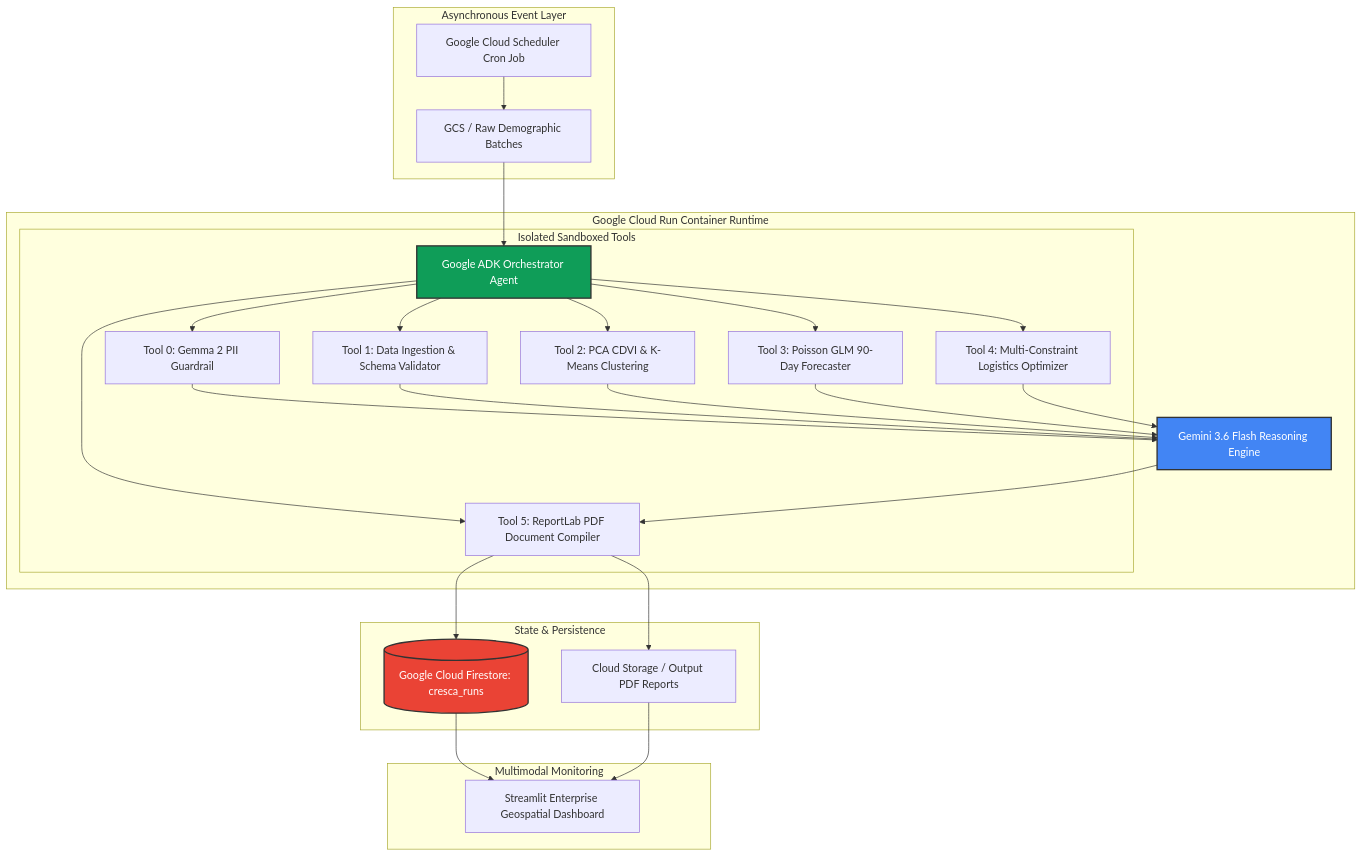
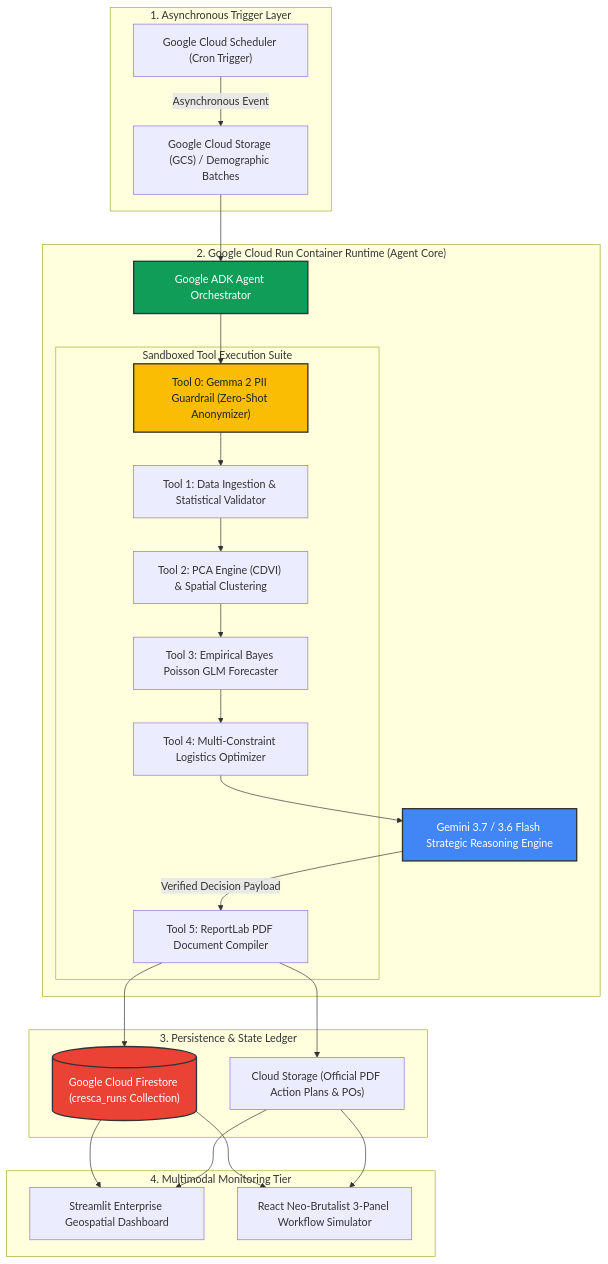
One commit to anggatamr/CRESCA-AI changed the diagram in README.md. Above: the diagram before and after it, drawn with Mermaid. The commit also changed other lines of this file, not shown here.

Commit message:
docs: update README with PRD specs, design system, completed milestones, and roadmap

````diff
--- a/README.md
+++ b/README.md
@@ -34,35 +56,38 @@
 ```mermaid
 flowchart TB
-    subgraph TriggerLayer[Asynchronous Event Layer]
-        A[Google Cloud Scheduler Cron Job] --> B[GCS / Raw Demographic Batches]
+    subgraph TriggerLayer["1. Asynchronous Trigger Layer"]
+        A["Google Cloud Scheduler (Cron Trigger)"] -->|Asynchronous Event| B["Google Cloud Storage (GCS) / Demographic Batches"]
     end
 
-    subgraph AgentCore[Google Cloud Run Container Runtime]
-        B --> C[Google ADK Orchestrator Agent]
+    subgraph AgentCore["2. Google Cloud Run Container Runtime (Agent Core)"]
+        B --> C["Google ADK Agent Orchestrator"]
         
-        subgraph SubTools[Isolated Sandboxed Tools]
-            C --> T0[Tool 0: Gemma 2 PII Guardrail]
-            C --> T1[Tool 1: Data Ingestion & Schema Validator]
-            C --> T2[Tool 2: PCA CDVI & K-Means Clustering]
-            C --> T3[Tool 3: Poisson GLM 90-Day Forecaster]
-            C --> T4[Tool 4: Multi-Constraint Logistics Optimizer]
-            C --> T5[Tool 5: ReportLab PDF Document Compiler]
+        subgraph ToolSandbox["Sandboxed Tool Execution Suite"]
+            T0["Tool 0: Gemma 2 PII Guardrail (Zero-Shot Anonymizer)"]
+            T1["Tool 1: Data Ingestion & Statistical Validator"]
+            T2["Tool 2: PCA Engine (CDVI) & Spatial Clustering"]
+            T3["Tool 3: Empirical Bayes Poisson GLM Forecaster"]
+            T4["Tool 4: Multi-Constraint Logistics Optimizer"]
+            T5["Tool 5: ReportLab PDF Document Compiler"]
         end
         
-        T0 & T1 & T2 & T3 & T4 --> D[Gemini 3.6 Flash Reasoning Engine]
-        D --> T5
+        C --> T0 --> T1 --> T2 --> T3 --> T4
+        T4 --> D["Gemini 3.7 / 3.6 Flash Strategic Reasoning Engine"]
+        D -->|Verified Decision Payload| T5
     end
 
-    subgraph PersistenceLayer[State & Persistence]
-        T5 --> E[(Google Cloud Firestore: cresca_runs)]
-        T5 --> F[Cloud Storage / Output PDF Reports]
+    subgraph PersistenceLayer["3. Persistence & State Ledger"]
+        T5 --> E[("Google Cloud Firestore (cresca_runs Collection)")]
+        T5 --> F["Cloud Storage (Official PDF Action Plans & POs)"]
     end
 
-    subgraph UserInterface[Multimodal Monitoring]
-        E & F --> G[Streamlit Enterprise Geospatial Dashboard]
+    subgraph MonitoringLayer["4. Multimodal Monitoring Tier"]
+        E & F --> G["Streamlit Enterprise Geospatial Dashboard"]
+        E & F --> H["React Neo-Brutalist 3-Panel Workflow Simulator"]
     end
 
-    style C fill:#0f9d58,stroke:#333,stroke-width:2px,color:#fff
-    style D fill:#4285f4,stroke:#333,stroke-width:2px,color:#fff
-    style E fill:#ea4335,stroke:#333,stroke-width:2px,color:#fff
+    style C fill:#0F9D58,stroke:#333,stroke-width:2px,color:#fff
+    style D fill:#4285F4,stroke:#333,stroke-width:2px,color:#fff
+    style E fill:#EA4335,stroke:#333,stroke-width:2px,color:#fff
+    style T0 fill:#FBBC04,stroke:#333,stroke-width:2px,color:#222
 ```
````
